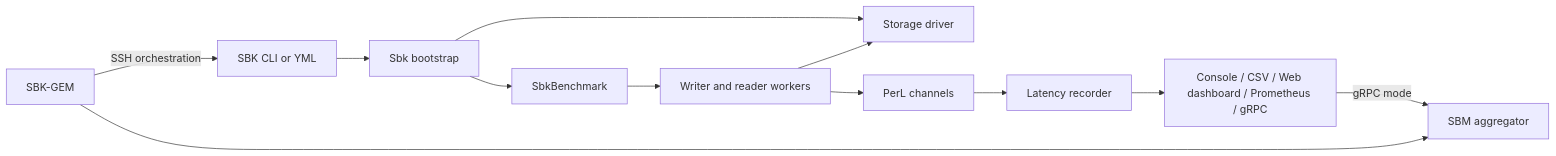
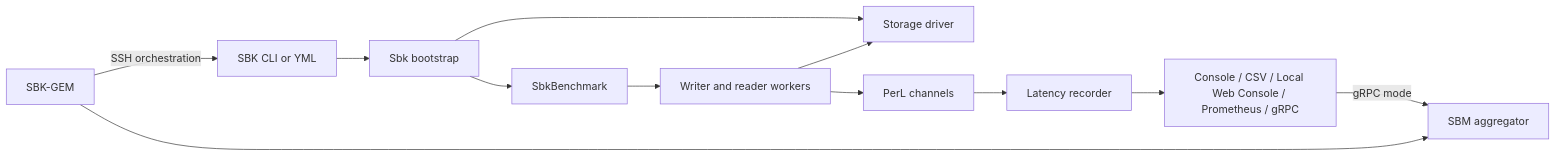
The diagram in README.md (kmgowda/SBK), drawn with Mermaid before and after one commit. The commit also changed other lines of this file and 27 other files, not shown here.

Commit message:
Rename embedded dashboard to Local Web Console

````diff
--- a/README.md
+++ b/README.md
@@ -45,14 +45,14 @@
 ```mermaid
 flowchart LR
     CLI[SBK CLI or YML] --> BOOT[Sbk bootstrap]
     BOOT --> DRIVER[Storage driver]
     BOOT --> BENCH[SbkBenchmark]
     BENCH --> WORKERS[Writer and reader workers]
     WORKERS --> DRIVER
     WORKERS --> CHANNEL[PerL channels]
     CHANNEL --> RECORDER[Latency recorder]
-    RECORDER --> OUTPUT[Console / CSV / Web dashboard / Prometheus / gRPC]
+    RECORDER --> OUTPUT[Console / CSV / Local Web Console / Prometheus / gRPC]
     OUTPUT -->|gRPC mode| SBM[SBM aggregator]
     GEM[SBK-GEM] -->|SSH orchestration| CLI
     GEM --> SBM
 ```
````
